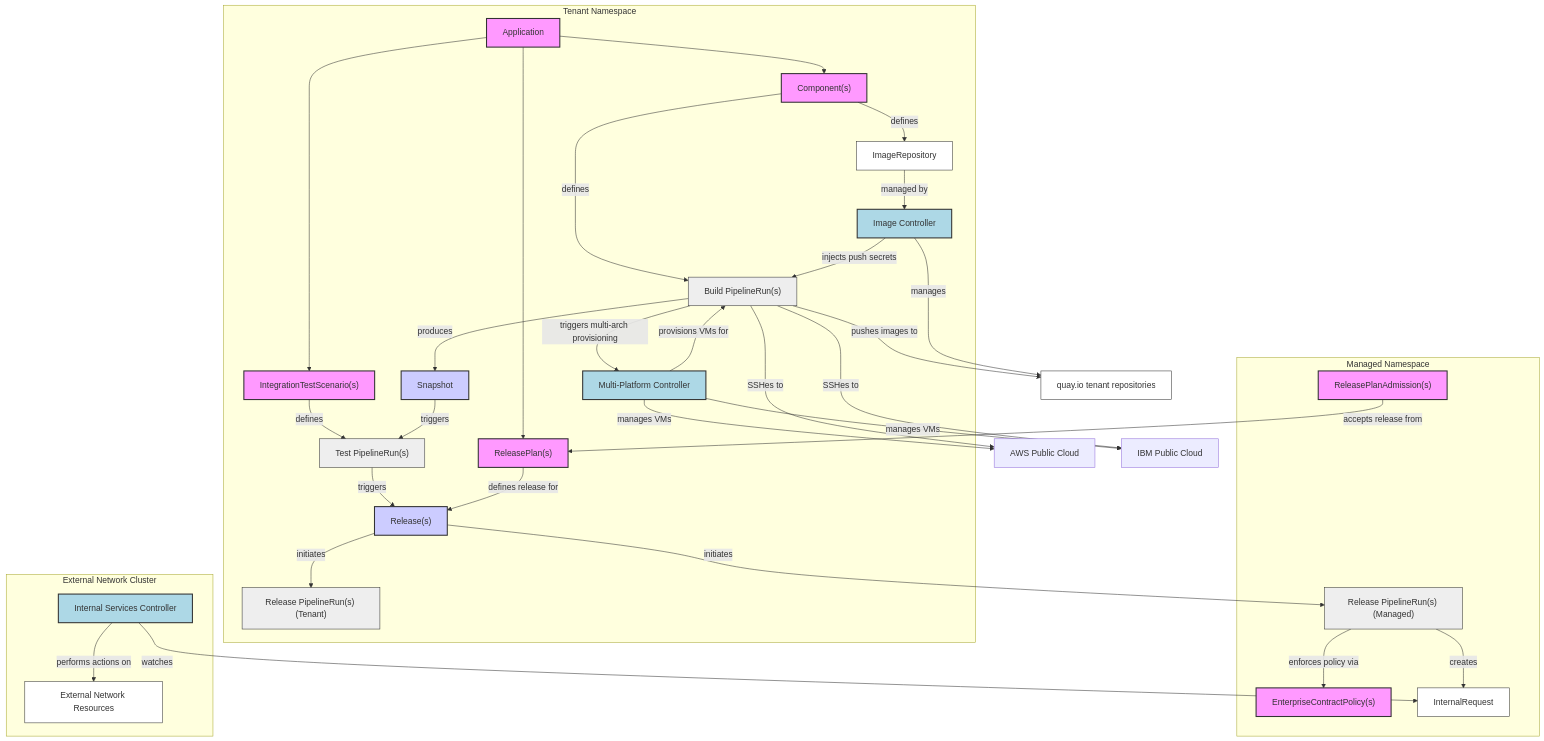
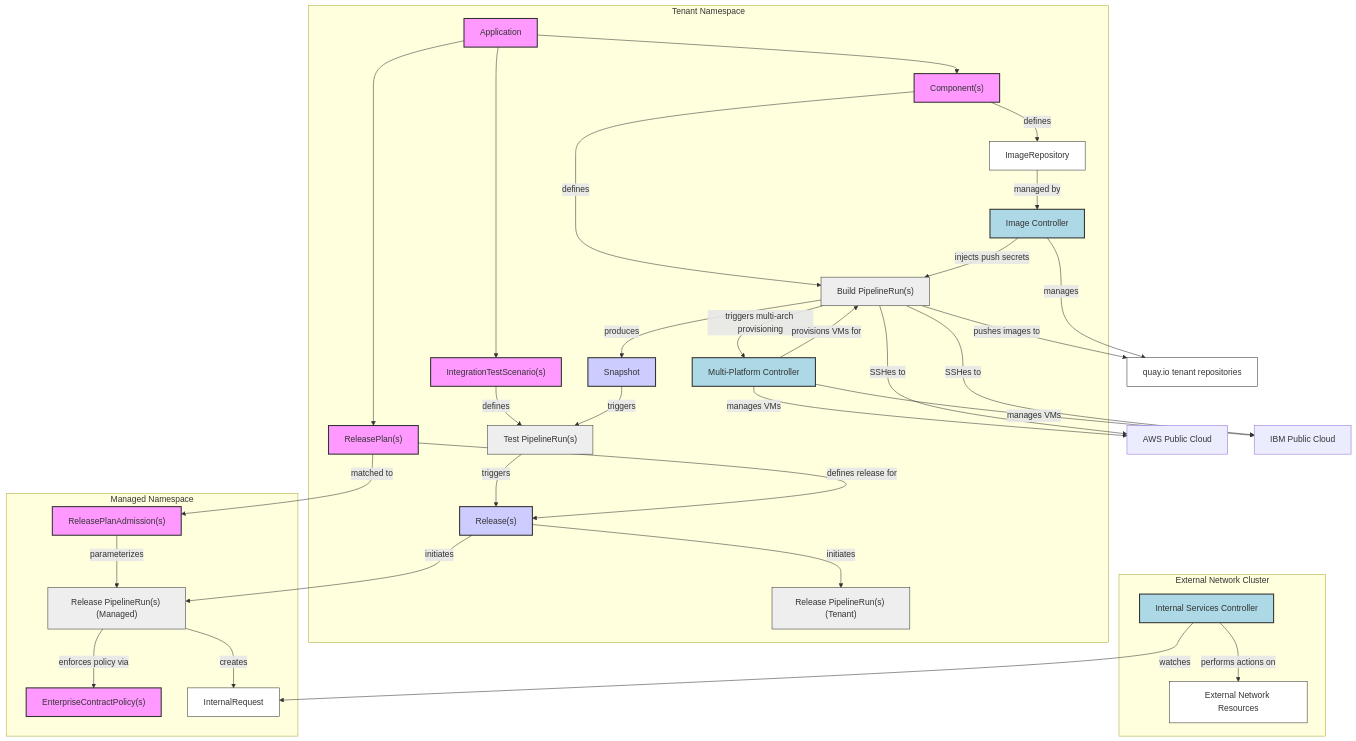
Before and after one commit to konflux-ci/architecture: the first of 2 diagrams in architecture/add-ons/index.md, drawn with Mermaid. The commit also changed 1 other file, not shown here.

Commit message:
Try reversing the RP/RPA relationship

````diff
--- a/architecture/add-ons/index.md
+++ b/architecture/add-ons/index.md
@@ -7,77 +7,78 @@
 ```mermaid
 graph TD
     QIO["quay.io tenant repositories"]
     AWS["AWS Public Cloud"]
     IBM["IBM Public Cloud"]
     BPR -- pushes images to --> QIO
     IC -- manages --> QIO
     MPC -- manages VMs --> AWS
     MPC -- manages VMs --> IBM
     BPR -- SSHes to --> AWS
     BPR -- SSHes to --> IBM
 
     subgraph tenant[Tenant Namespace]
         App[Application] --> Comp["Component(s)"]
         App --> ITS["IntegrationTestScenario(s)"]
         App --> RP["ReleasePlan(s)"]
 
         Comp -- defines --> BPR["Build PipelineRun(s)"]
         BPR -- produces --> Snap["Snapshot"]
         ITS -- defines --> TPR["Test PipelineRun(s)"]
         Snap -- triggers --> TPR
         TPR -- triggers --> Release["Release(s)"]
         RP -- defines release for --> Release
 
         Release -- initiates --> PR["Release PipelineRun(s) (Tenant)"]
         Comp -- defines --> IR["ImageRepository"]
         IR -- managed by --> IC["Image Controller"]
         IC -- injects push secrets --> BPR
         BPR -- triggers multi-arch provisioning --> MPC["Multi-Platform Controller"]
         MPC -- provisions VMs for --> BPR
     end
 
     subgraph managed[Managed Namespace]
         RPA["ReleasePlanAdmission(s)"]
         ECP["EnterpriseContractPolicy(s)"]
 
         Release -- initiates --> PRM["Release PipelineRun(s) (Managed)"]
-        RPA -- accepts release from --> RP
+        RP -- matched to --> RPA
+        RPA -- parameterizes --> PRM
         PRM -- enforces policy via --> ECP
         PRM -- creates --> IRR["InternalRequest"]
     end
 
     subgraph external[External Network Cluster]
         ISC["Internal Services Controller"]
         ISC -- watches --> IRR
         ISC -- performs actions on --> EXT["External Network Resources"]
     end
 
     style App fill:#f9f,stroke:#333,stroke-width:2px
     style Comp fill:#f9f,stroke:#333,stroke-width:2px
     style Snap fill:#ccf,stroke:#333,stroke-width:2px
     style ITS fill:#f9f,stroke:#333,stroke-width:2px
     style RP fill:#f9f,stroke:#333,stroke-width:2px
     style Release fill:#ccf,stroke:#333,stroke-width:2px
     style PR fill:#eee,stroke:#333,stroke-width:1px
     style PRM fill:#eee,stroke:#333,stroke-width:1px
     style BPR fill:#eee,stroke:#333,stroke-width:1px
     style TPR fill:#eee,stroke:#333,stroke-width:1px
     style RPA fill:#f9f,stroke:#333,stroke-width:2px
     style ECP fill:#f9f,stroke:#333,stroke-width:2px
     style IC fill:#add8e6,stroke:#333,stroke-width:2px
     style QIO fill:#fff,stroke:#333,stroke-width:1px
     style MPC fill:#add8e6,stroke:#333,stroke-width:2px
     style IR fill:#fff,stroke:#333,stroke-width:1px
     style IRR fill:#fff,stroke:#333,stroke-width:1px
     style ISC fill:#add8e6,stroke:#333,stroke-width:2px
     style EXT fill:#fff,stroke:#333,stroke-width:1px
 
     classDef controlPlane fill:#f9f,stroke:#333,stroke-width:2px;
     class App,Comp,ITS,RP,RPA,ECP,IC,MPC,ISC controlPlane;
 
     classDef dataPlane fill:#ccf,stroke:#333,stroke-width:2px;
     class Snap,Release dataPlane;
 
     classDef tekton fill:#eee,stroke:#333,stroke-width:1px;
     class PR,PRM,BPR,TPR tekton;
 ```
````
